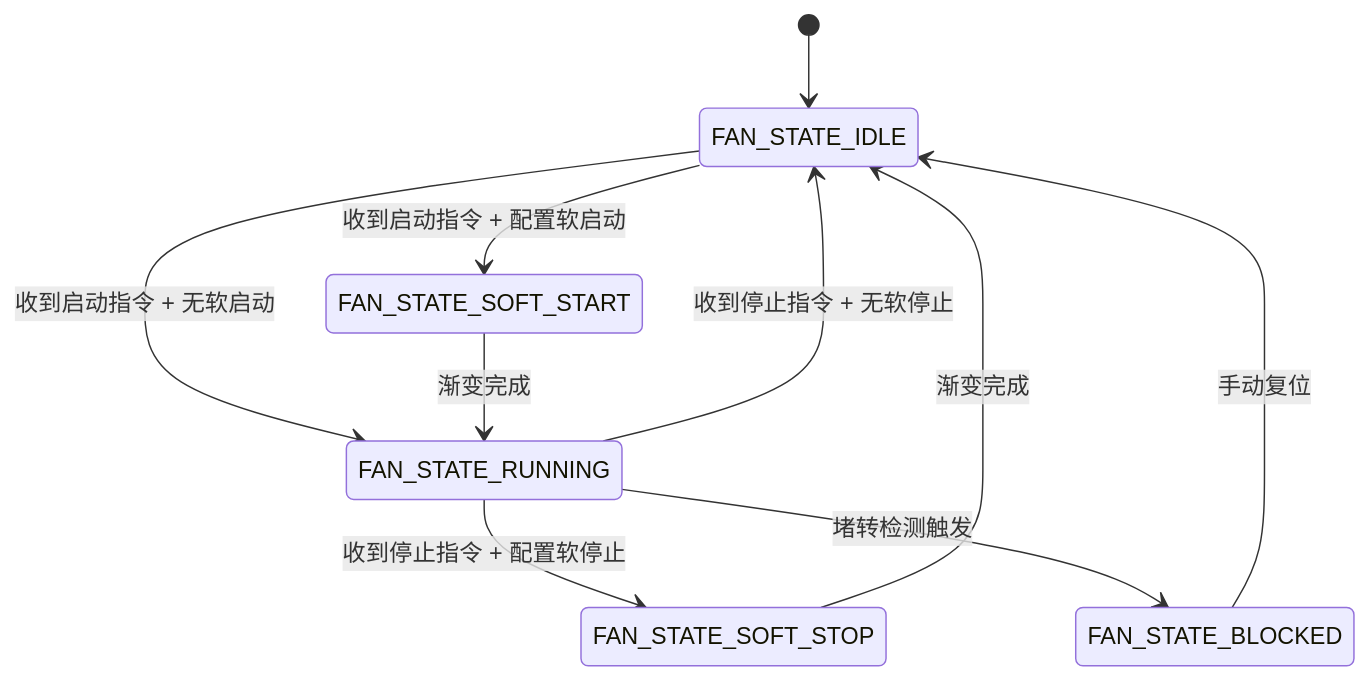
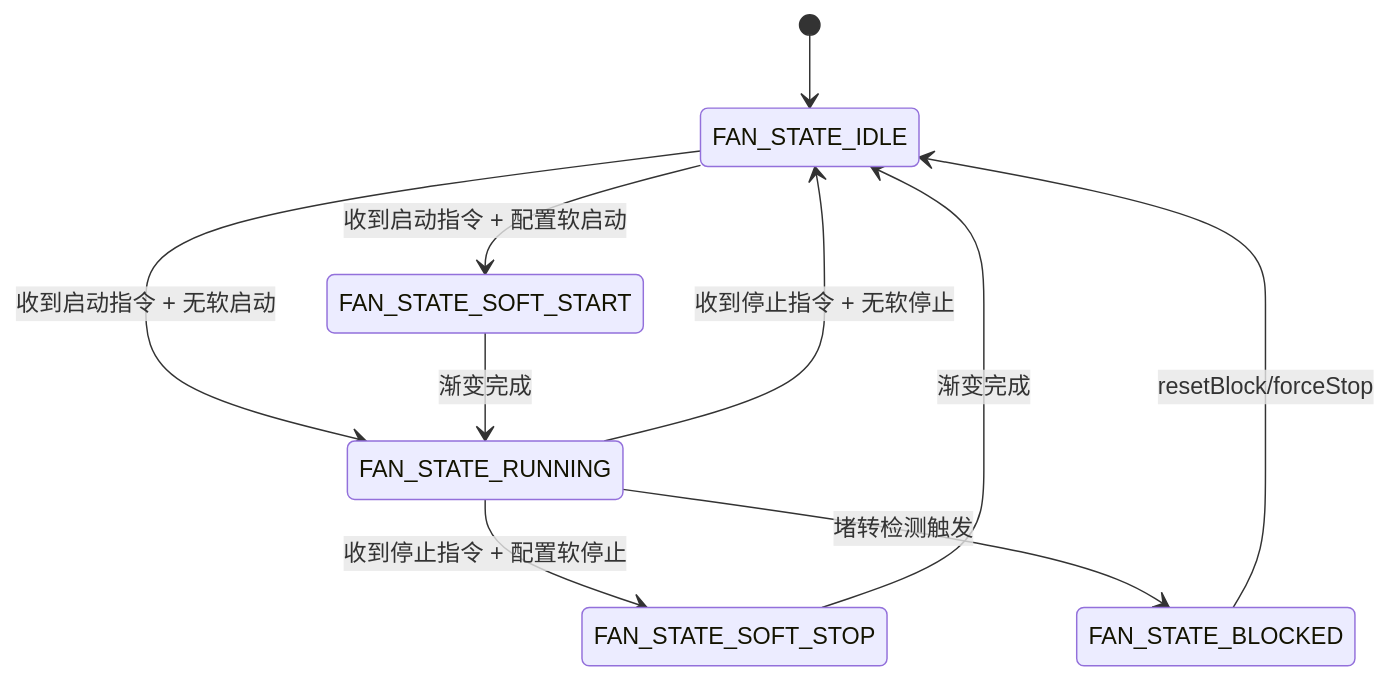
Before and after one commit to tangyangguang/ESP12F_Fan_4P: the second of 2 diagrams in docs/DOC-03_软件架构设计.md, drawn with Mermaid. The commit also changed other lines of this file and 6 other files, not shown here.

````diff
--- a/docs/DOC-03_软件架构设计.md
+++ b/docs/DOC-03_软件架构设计.md
@@ -94,12 +97,12 @@
 ```mermaid
 stateDiagram-v2
     [*] --> FAN_STATE_IDLE
     FAN_STATE_IDLE --> FAN_STATE_SOFT_START : 收到启动指令 + 配置软启动
     FAN_STATE_IDLE --> FAN_STATE_RUNNING : 收到启动指令 + 无软启动
     FAN_STATE_SOFT_START --> FAN_STATE_RUNNING : 渐变完成
     FAN_STATE_RUNNING --> FAN_STATE_SOFT_STOP : 收到停止指令 + 配置软停止
     FAN_STATE_RUNNING --> FAN_STATE_IDLE : 收到停止指令 + 无软停止
     FAN_STATE_SOFT_STOP --> FAN_STATE_IDLE : 渐变完成
     FAN_STATE_RUNNING --> FAN_STATE_BLOCKED : 堵转检测触发
-    FAN_STATE_BLOCKED --> FAN_STATE_IDLE : 手动复位
+    FAN_STATE_BLOCKED --> FAN_STATE_IDLE : resetBlock/forceStop
 ```
````
